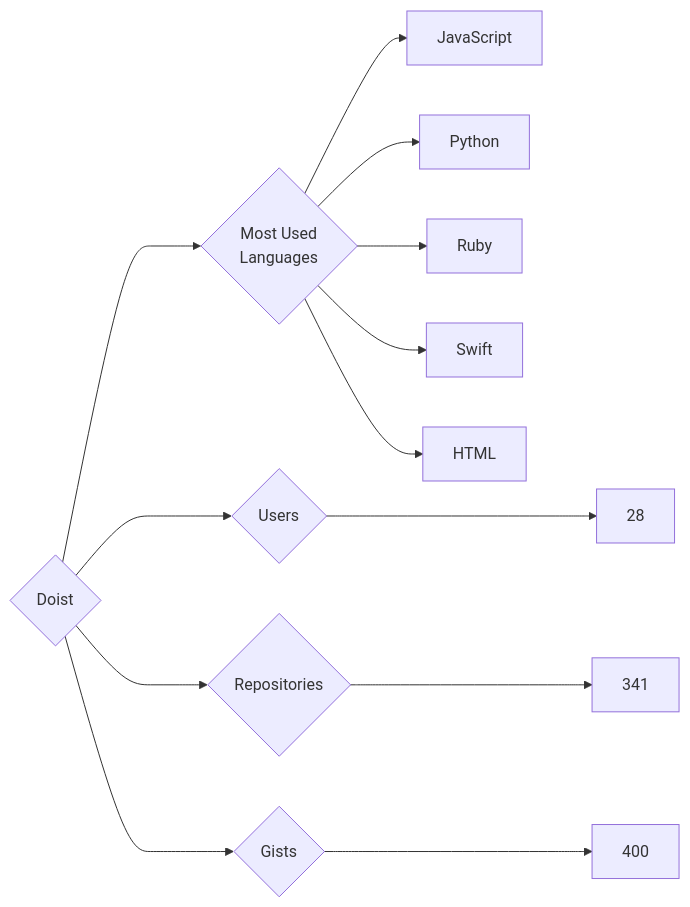
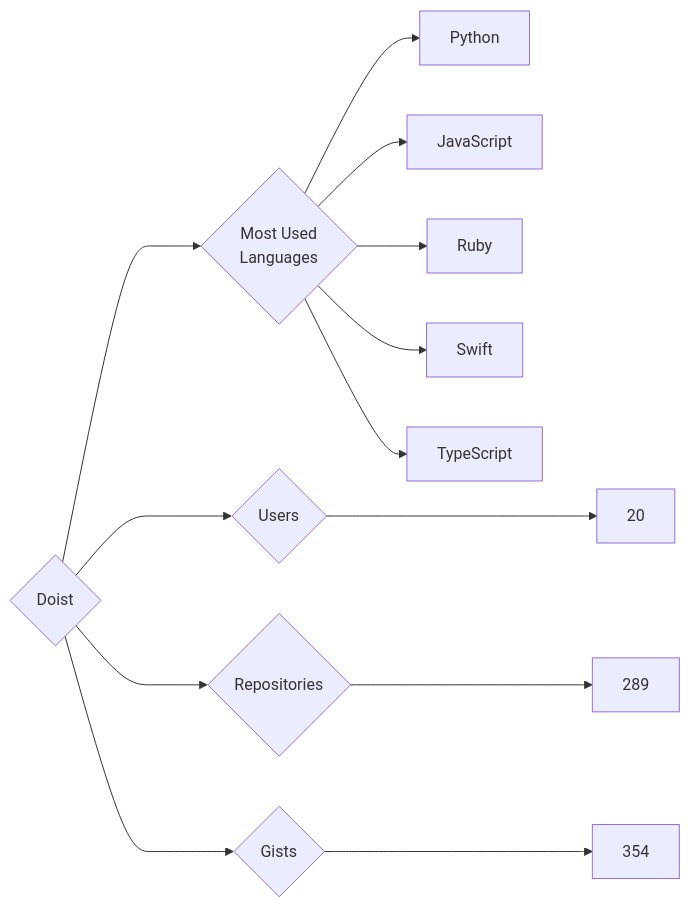
Before and after one commit to trickest/insiders: the diagram in targets/Doist/README.md, drawn with Mermaid. The commit also changed 932 other files, not shown here.

````diff
--- a/targets/Doist/README.md
+++ b/targets/Doist/README.md
@@ -3,13 +3,13 @@
 ```mermaid
 graph LR
 COMPANY_NAME{Doist}
-COMPANY_NAME ---> U{Users} ---> UN[28]
-COMPANY_NAME ---> R{Repositories} ---> RN[341]
-COMPANY_NAME ---> G{Gists} ---> GN[400]
+COMPANY_NAME ---> U{Users} ---> UN[20]
+COMPANY_NAME ---> R{Repositories} ---> RN[289]
+COMPANY_NAME ---> G{Gists} ---> GN[354]
 COMPANY_NAME ---> ML{Most Used<br>Languages}
+ML --> Python[Python]
 ML --> JavaScript[JavaScript]
-ML --> Python[Python]
 ML --> Ruby[Ruby]
 ML --> Swift[Swift]
-ML --> HTML[HTML]
+ML --> TypeScript[TypeScript]
 ```
````
